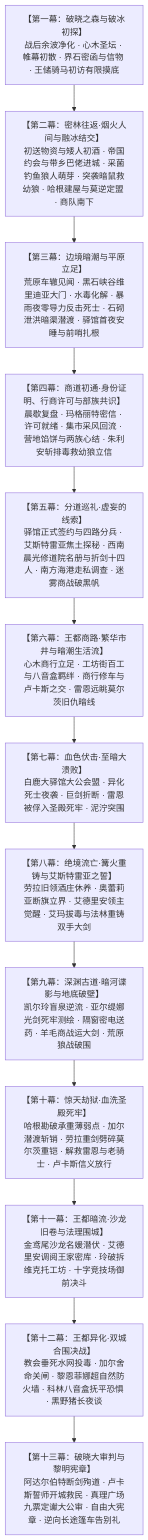
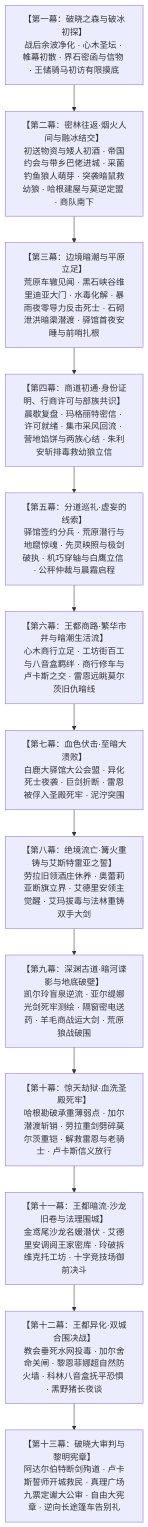
Before and after one commit to soranokiseki1437/eldoria-worldbook: the first of 2 diagrams in 方案/第二部/主线与世界扩充方案/01_宏篇主线剧情总大纲与分幕导航.md, drawn with Mermaid. The commit also changed other lines of this file and 41 other files, not shown here.

````diff
--- a/方案/第二部/主线与世界扩充方案/01_宏篇主线剧情总大纲与分幕导航.md
+++ b/方案/第二部/主线与世界扩充方案/01_宏篇主线剧情总大纲与分幕导航.md
@@ -12,18 +12,18 @@
 ```mermaid
 graph TD
     M1["【第一幕：破晓之森与破冰初探】<br/>战后余波净化 · 心木圣坛 · 帷幕初散 · 界石密函与信物 · 王储骑马初访有限摸底"]
     M2["【第二幕：密林往返·烟火人间与融冰结交】<br/>初送物资与矮人初酒 · 帝国约会与带乡巴佬进城 · 采菌钓鱼狼人萌芽 · 突袭暗鼠救幼狼 · 哈根建屋与莫逆定盟 · 商队南下"]
     M3["【第三幕：边境暗潮与平原立足】<br/>荒原车辙见闻 · 黑石峡谷维里迪亚大门 · 水毒化解 · 暴雨夜零导力反击死士 · 石砌泄洪暗渠潜渡 · 驿馆首夜安睡与前哨扎根"]
     M4["【第四幕：商道初通·身份证明、行商许可与部族共识】<br/>晨歇复盘 · 玛格丽特密信 · 许可就绪 · 集市采风回流 · 营地馅饼与两族心结 · 朱利安斩排毒救幼狼立信"]
-    M5["【第五幕：分道巡礼·虚妄的线索】<br/>驿馆正式签约与四路分兵 · 艾斯特雷亚焦土探秘 · 西南晨光修道院名册与折剑十四人 · 南方海港走私调查 · 迷雾商战破黑帆"]
+    M5["【第五幕：分道巡礼·虚妄的线索】<br/>驿馆签约分兵 · 荒原潜行与地窟惊魂 · 先灵映照与极剑破执 · 机巧穿轴与白鹰立信 · 公秤仲裁与晨霜启程"]
     M6["【第六幕：王都商路·繁华市井与暗潮生活流】<br/>心木商行立足 · 工坊街百工与八音盒羁绊 · 商行修车与卢卡斯之交 · 雷恩远眺莫尔茨旧仇暗线"]
     M7["【第七幕：血色伏击·至暗大溃败】<br/>白鹿大驿馆大公会盟 · 异化死士夜袭 · 巨剑折断 · 雷恩被俘入圣殿死牢 · 泥泞突围"]
     M8["【第八幕：绝境流亡·篝火重铸与艾斯特雷亚之誓】<br/>劳拉旧领酒庄休养 · 奥蕾莉亚断旗立界 · 艾德里安领主觉醒 · 艾玛拔毒与法林重铸双手大剑"]
     M9["【第九幕：深渊古道·暗河谍影与地底破壁】<br/>凯尔玲盲泉逆流 · 亚尔缇娜光剑死牢测绘 · 隔窗密电送药 · 羊毛商战运大剑 · 荒原狼战破围"]
     M10["【第十幕：惊天劫狱·血洗圣殿死牢】<br/>哈根勘破承重薄弱点 · 加尔潜渡斩销 · 劳拉重剑劈碎莫尔茨重铠 · 解救雷恩与老骑士 · 卢卡斯信义放行"]
     M11["【第十一幕：王都暗流·沙龙旧卷与法理围城】<br/>金鸢尾沙龙名媛潜伏 · 艾德里安调阅王家密库 · 玲破拆维克托工坊 · 十字竞技场御前决斗"]
     M12["【第十二幕：王都异化·双城合围决战】<br/>教会垂死水网投毒 · 加尔舍命关闸 · 黎恩菲娜超自然防火墙 · 科林八音盒抚平恐惧 · 黑野猪长夜谈"]
     M13["【第十三幕：破晓大审判与黎明宪章】<br/>阿达尔伯特断剑殉道 · 卢卡斯誓师开城救民 · 真理广场九票定谳大公审 · 自由大宪章 · 逆向长途篷车告别礼"]
 
     M1 --> M2 --> M3 --> M4 --> M5 --> M6 --> M7 --> M8 --> M9 --> M10 --> M11 --> M12 --> M13
 ```
````
